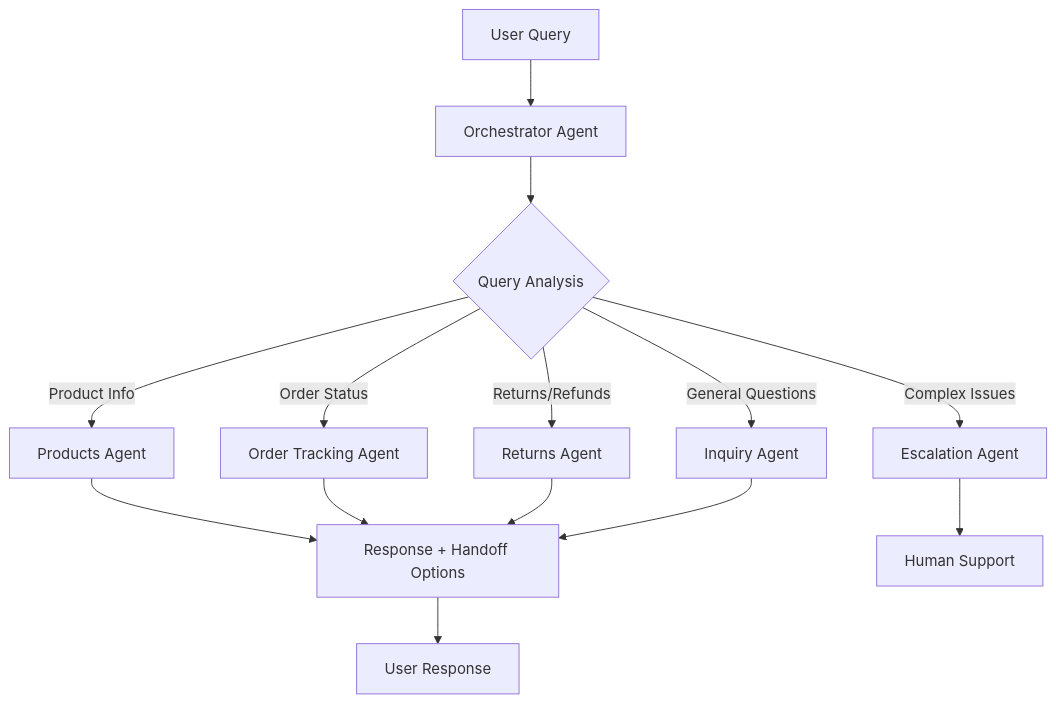
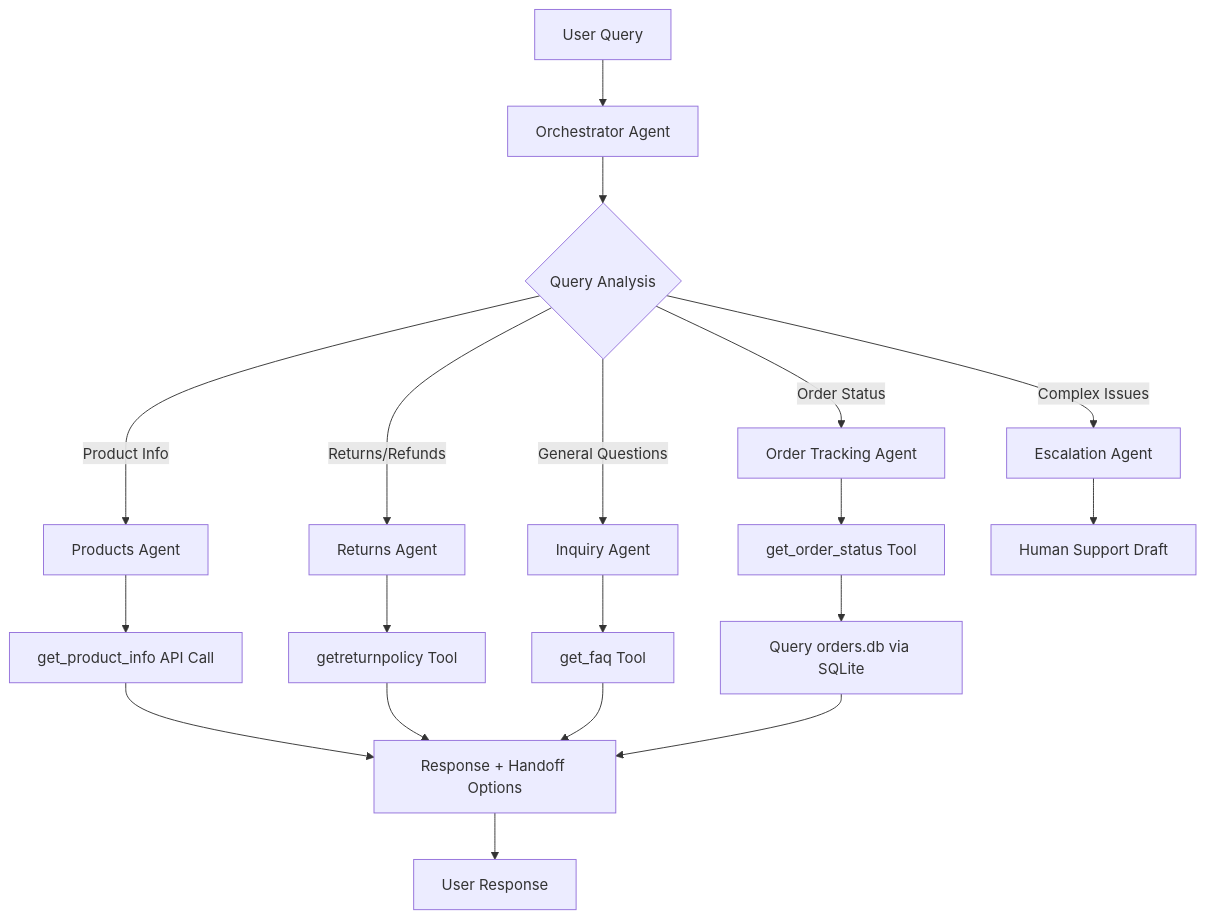
The diagram in README.md (abdullahimran49/nike-customer-support-agent), drawn with Mermaid before and after one commit. The commit also changed other lines of this file, not shown here.

````diff
--- a/README.md
+++ b/README.md
@@ -68,17 +68,26 @@
 ```mermaid
 graph TD
     A[User Query] --> B[Orchestrator Agent]
     B --> C{Query Analysis}
     C -->|Product Info| D[Products Agent]
     C -->|Order Status| E[Order Tracking Agent]
     C -->|Returns/Refunds| F[Returns Agent]
     C -->|General Questions| G[Inquiry Agent]
     C -->|Complex Issues| H[Escalation Agent]
-    D --> I[Response + Handoff Options]
-    E --> I
-    F --> I
-    G --> I
-    H --> J[Human Support]
+    
+    D --> D1[get_product_info API Call]
+    E --> E1[get_order_status Tool]
+    F --> F1[getreturnpolicy Tool]
+    G --> G1[get_faq Tool]
+    
+    D1 --> I[Response + Handoff Options]
+    E1 --> E2[Query orders.db via SQLite]
+    F1 --> I
+    G1 --> I
+    E2 --> I
+    H --> J[Human Support Draft]
     I --> K[User Response]
+    
+
 
 ```
````
